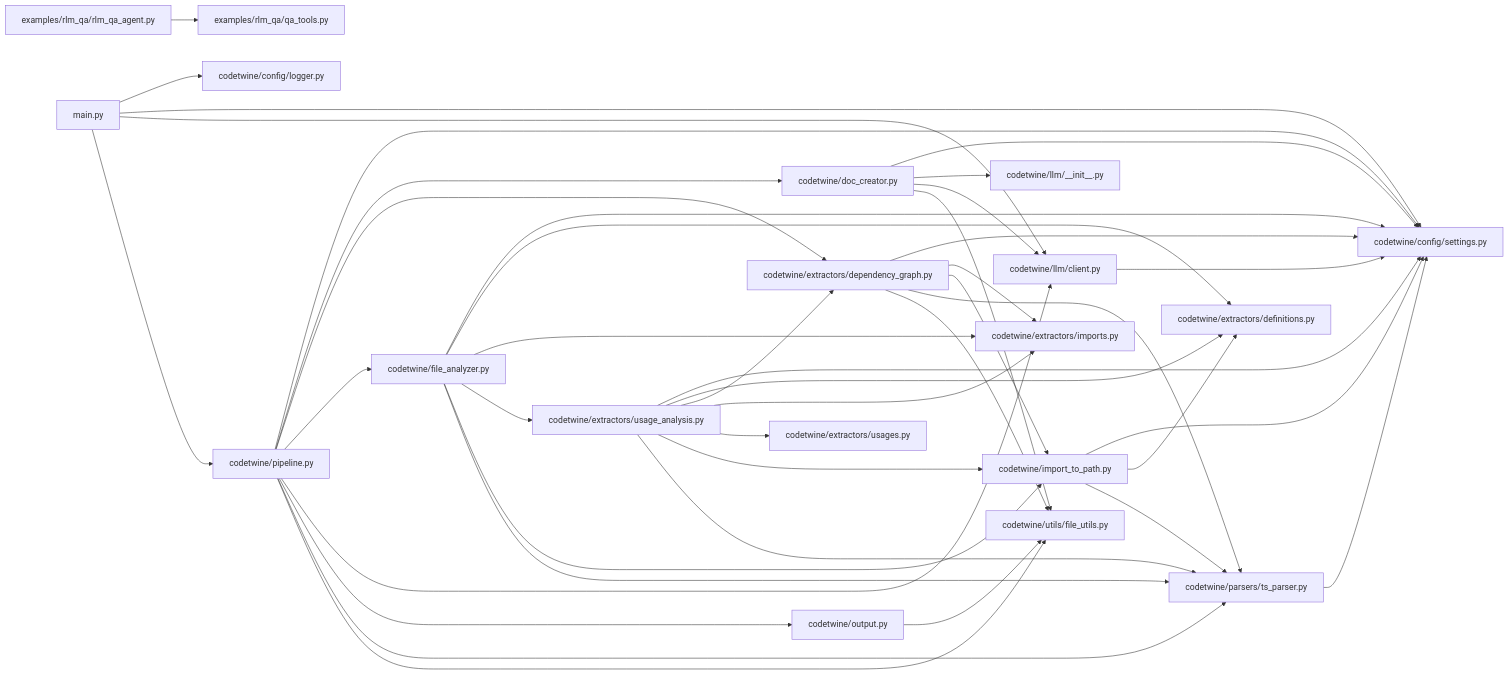
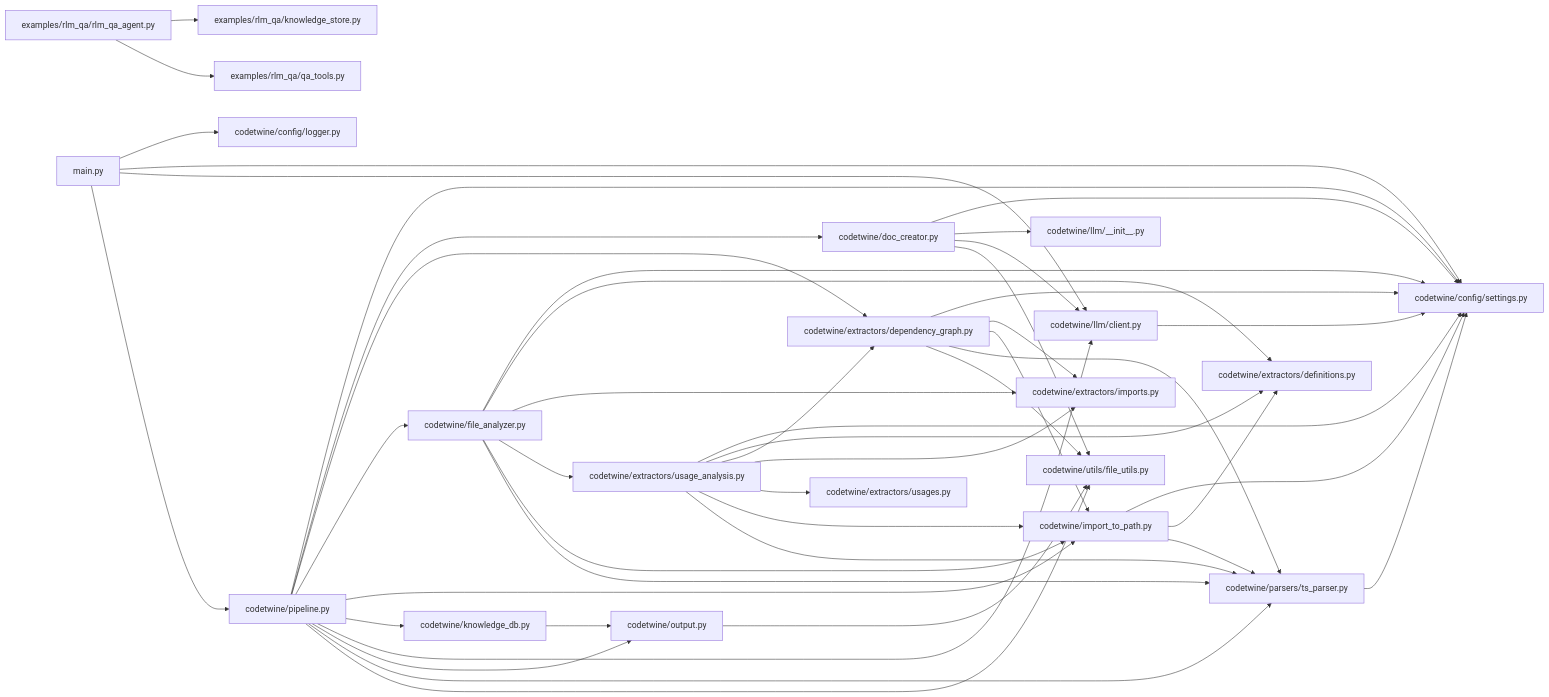
The diagram in examples/sample_output/codetwine/dependency_graph.md (yumeiriowl/codetwine), drawn with Mermaid before and after one commit. The commit also changed 76 other files, not shown here.

First line of the commit message:
chore(examples): regenerate sample_output with claude-sonnet-5

````diff
--- a/examples/sample_output/codetwine/dependency_graph.md
+++ b/examples/sample_output/codetwine/dependency_graph.md
@@ -1,63 +1,69 @@
 ```mermaid
 graph LR
     codetwine_codetwine_config_logger_py_logger_py["codetwine/config/logger.py"]
     codetwine_codetwine_config_settings_py_settings_py["codetwine/config/settings.py"]
     codetwine_codetwine_doc_creator_py_doc_creator_py["codetwine/doc_creator.py"]
     codetwine_codetwine_extractors_definitions_py_definitions_py["codetwine/extractors/definitions.py"]
     codetwine_codetwine_extractors_dependency_graph_py_dependency_graph_py["codetwine/extractors/dependency_graph.py"]
     codetwine_codetwine_extractors_imports_py_imports_py["codetwine/extractors/imports.py"]
     codetwine_codetwine_extractors_usage_analysis_py_usage_analysis_py["codetwine/extractors/usage_analysis.py"]
     codetwine_codetwine_extractors_usages_py_usages_py["codetwine/extractors/usages.py"]
     codetwine_codetwine_file_analyzer_py_file_analyzer_py["codetwine/file_analyzer.py"]
     codetwine_codetwine_import_to_path_py_import_to_path_py["codetwine/import_to_path.py"]
+    codetwine_codetwine_knowledge_db_py_knowledge_db_py["codetwine/knowledge_db.py"]
     codetwine_codetwine_llm___init___py___init___py["codetwine/llm/__init__.py"]
     codetwine_codetwine_llm_client_py_client_py["codetwine/llm/client.py"]
     codetwine_codetwine_output_py_output_py["codetwine/output.py"]
     codetwine_codetwine_parsers_ts_parser_py_ts_parser_py["codetwine/parsers/ts_parser.py"]
     codetwine_codetwine_pipeline_py_pipeline_py["codetwine/pipeline.py"]
     codetwine_codetwine_utils_file_utils_py_file_utils_py["codetwine/utils/file_utils.py"]
+    codetwine_examples_rlm_qa_knowledge_store_py_knowledge_store_py["examples/rlm_qa/knowledge_store.py"]
     codetwine_examples_rlm_qa_qa_tools_py_qa_tools_py["examples/rlm_qa/qa_tools.py"]
     codetwine_examples_rlm_qa_rlm_qa_agent_py_rlm_qa_agent_py["examples/rlm_qa/rlm_qa_agent.py"]
     codetwine_main_py_main_py["main.py"]
     codetwine_codetwine_doc_creator_py_doc_creator_py --> codetwine_codetwine_config_settings_py_settings_py
     codetwine_codetwine_doc_creator_py_doc_creator_py --> codetwine_codetwine_llm___init___py___init___py
     codetwine_codetwine_doc_creator_py_doc_creator_py --> codetwine_codetwine_llm_client_py_client_py
     codetwine_codetwine_doc_creator_py_doc_creator_py --> codetwine_codetwine_utils_file_utils_py_file_utils_py
     codetwine_codetwine_extractors_dependency_graph_py_dependency_graph_py --> codetwine_codetwine_config_settings_py_settings_py
     codetwine_codetwine_extractors_dependency_graph_py_dependency_graph_py --> codetwine_codetwine_extractors_imports_py_imports_py
     codetwine_codetwine_extractors_dependency_graph_py_dependency_graph_py --> codetwine_codetwine_import_to_path_py_import_to_path_py
     codetwine_codetwine_extractors_dependency_graph_py_dependency_graph_py --> codetwine_codetwine_parsers_ts_parser_py_ts_parser_py
     codetwine_codetwine_extractors_dependency_graph_py_dependency_graph_py --> codetwine_codetwine_utils_file_utils_py_file_utils_py
     codetwine_codetwine_extractors_usage_analysis_py_usage_analysis_py --> codetwine_codetwine_config_settings_py_settings_py
     codetwine_codetwine_extractors_usage_analysis_py_usage_analysis_py --> codetwine_codetwine_extractors_definitions_py_definitions_py
     codetwine_codetwine_extractors_usage_analysis_py_usage_analysis_py --> codetwine_codetwine_extractors_dependency_graph_py_dependency_graph_py
     codetwine_codetwine_extractors_usage_analysis_py_usage_analysis_py --> codetwine_codetwine_extractors_imports_py_imports_py
     codetwine_codetwine_extractors_usage_analysis_py_usage_analysis_py --> codetwine_codetwine_extractors_usages_py_usages_py
     codetwine_codetwine_extractors_usage_analysis_py_usage_analysis_py --> codetwine_codetwine_import_to_path_py_import_to_path_py
     codetwine_codetwine_extractors_usage_analysis_py_usage_analysis_py --> codetwine_codetwine_parsers_ts_parser_py_ts_parser_py
     codetwine_codetwine_file_analyzer_py_file_analyzer_py --> codetwine_codetwine_config_settings_py_settings_py
     codetwine_codetwine_file_analyzer_py_file_analyzer_py --> codetwine_codetwine_extractors_definitions_py_definitions_py
     codetwine_codetwine_file_analyzer_py_file_analyzer_py --> codetwine_codetwine_extractors_imports_py_imports_py
     codetwine_codetwine_file_analyzer_py_file_analyzer_py --> codetwine_codetwine_extractors_usage_analysis_py_usage_analysis_py
     codetwine_codetwine_file_analyzer_py_file_analyzer_py --> codetwine_codetwine_import_to_path_py_import_to_path_py
     codetwine_codetwine_file_analyzer_py_file_analyzer_py --> codetwine_codetwine_parsers_ts_parser_py_ts_parser_py
     codetwine_codetwine_import_to_path_py_import_to_path_py --> codetwine_codetwine_config_settings_py_settings_py
     codetwine_codetwine_import_to_path_py_import_to_path_py --> codetwine_codetwine_extractors_definitions_py_definitions_py
     codetwine_codetwine_import_to_path_py_import_to_path_py --> codetwine_codetwine_parsers_ts_parser_py_ts_parser_py
+    codetwine_codetwine_knowledge_db_py_knowledge_db_py --> codetwine_codetwine_output_py_output_py
     codetwine_codetwine_llm_client_py_client_py --> codetwine_codetwine_config_settings_py_settings_py
     codetwine_codetwine_output_py_output_py --> codetwine_codetwine_utils_file_utils_py_file_utils_py
     codetwine_codetwine_parsers_ts_parser_py_ts_parser_py --> codetwine_codetwine_config_settings_py_settings_py
     codetwine_codetwine_pipeline_py_pipeline_py --> codetwine_codetwine_config_settings_py_settings_py
     codetwine_codetwine_pipeline_py_pipeline_py --> codetwine_codetwine_doc_creator_py_doc_creator_py
     codetwine_codetwine_pipeline_py_pipeline_py --> codetwine_codetwine_extractors_dependency_graph_py_dependency_graph_py
     codetwine_codetwine_pipeline_py_pipeline_py --> codetwine_codetwine_file_analyzer_py_file_analyzer_py
+    codetwine_codetwine_pipeline_py_pipeline_py --> codetwine_codetwine_import_to_path_py_import_to_path_py
+    codetwine_codetwine_pipeline_py_pipeline_py --> codetwine_codetwine_knowledge_db_py_knowledge_db_py
     codetwine_codetwine_pipeline_py_pipeline_py --> codetwine_codetwine_llm_client_py_client_py
     codetwine_codetwine_pipeline_py_pipeline_py --> codetwine_codetwine_output_py_output_py
     codetwine_codetwine_pipeline_py_pipeline_py --> codetwine_codetwine_parsers_ts_parser_py_ts_parser_py
     codetwine_codetwine_pipeline_py_pipeline_py --> codetwine_codetwine_utils_file_utils_py_file_utils_py
+    codetwine_examples_rlm_qa_rlm_qa_agent_py_rlm_qa_agent_py --> codetwine_examples_rlm_qa_knowledge_store_py_knowledge_store_py
     codetwine_examples_rlm_qa_rlm_qa_agent_py_rlm_qa_agent_py --> codetwine_examples_rlm_qa_qa_tools_py_qa_tools_py
     codetwine_main_py_main_py --> codetwine_codetwine_config_logger_py_logger_py
     codetwine_main_py_main_py --> codetwine_codetwine_config_settings_py_settings_py
     codetwine_main_py_main_py --> codetwine_codetwine_llm_client_py_client_py
     codetwine_main_py_main_py --> codetwine_codetwine_pipeline_py_pipeline_py
 ```
````
